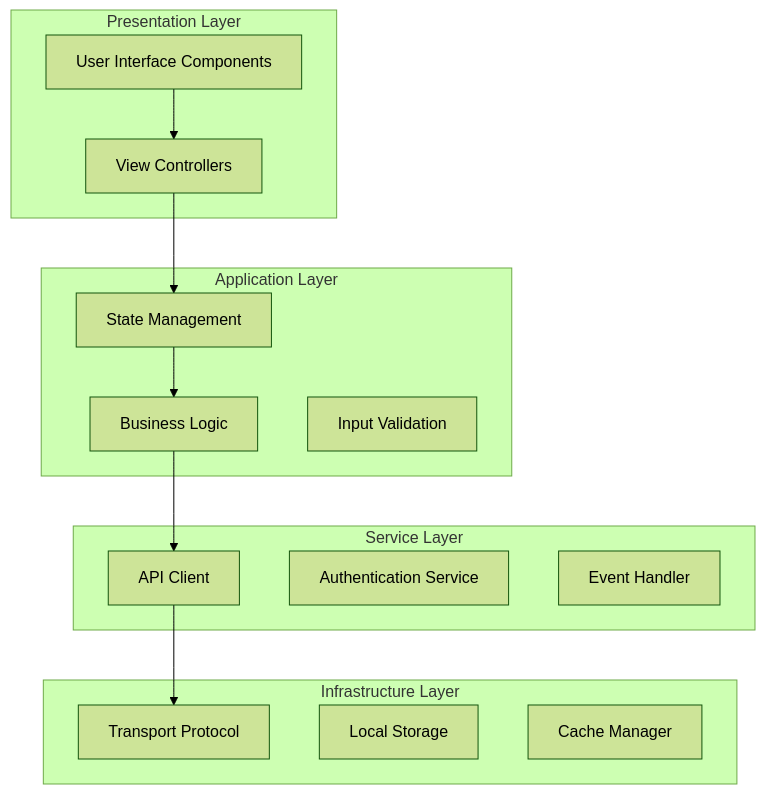
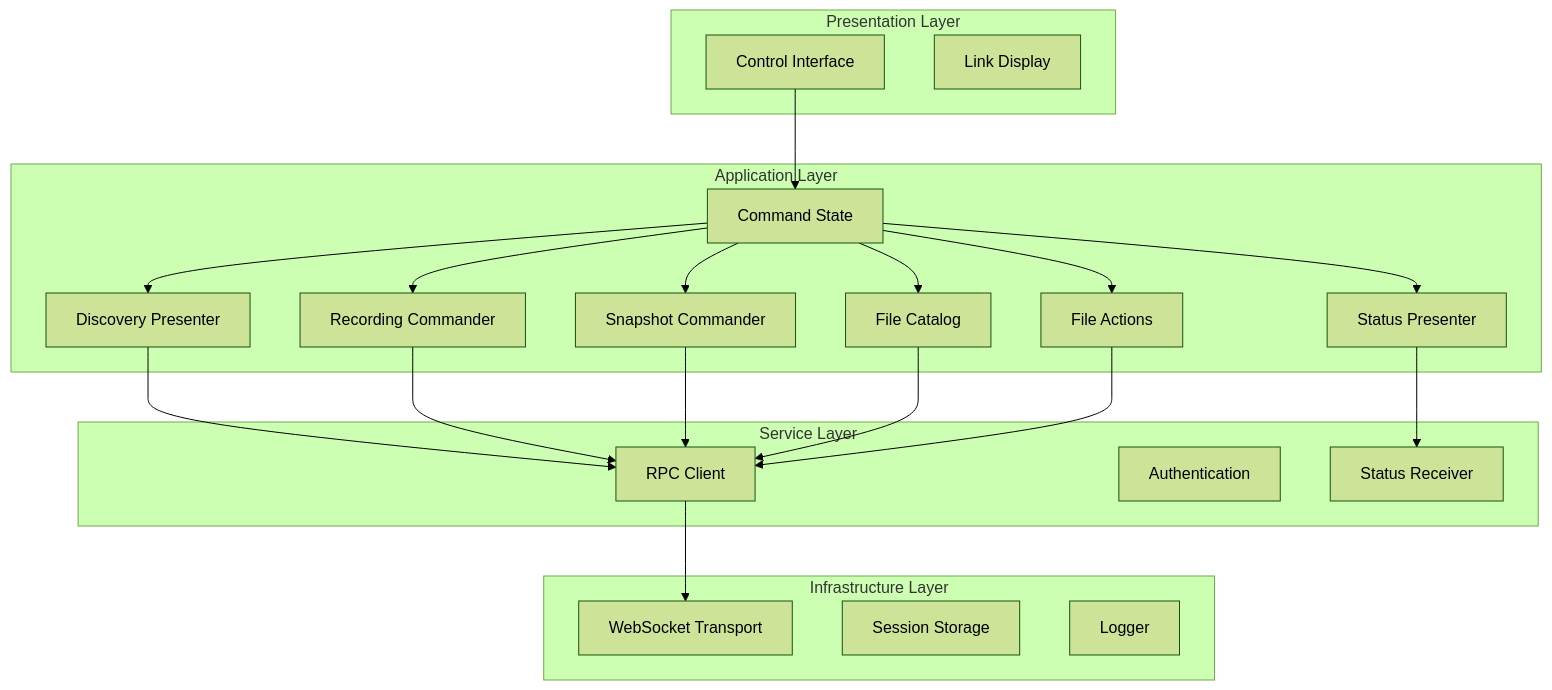
The second of 10 diagrams in MediaMTX-Camera-Service-Client/client/docs/architecture/client-architechture.md (CarlosSprekelsen/CameraRecorder), drawn with Mermaid (forest theme) before and after one commit. The commit also changed other lines of this file and 1 other file, not shown here.

````diff
--- a/MediaMTX-Camera-Service-Client/client/docs/architecture/client-architechture.md
+++ b/MediaMTX-Camera-Service-Client/client/docs/architecture/client-architechture.md
@@ -127,31 +154,44 @@
 ```mermaid
 graph TD
     subgraph "Presentation Layer"
-        UI[User Interface Components]
-        VIEWS[View Controllers]
+        UI[Control Interface]
+        LINKS[Link Display]
     end
     
     subgraph "Application Layer"
-        STATE[State Management]
-        LOGIC[Business Logic]
-        VALIDATION[Input Validation]
+        STATE[Command State]
+        DISCOVERY[Discovery Presenter]
+        RECORDING[Recording Commander]
+        SNAPSHOT[Snapshot Commander]
+        FILECAT[File Catalog]
+        FILEACT[File Actions]
+        STATUS[Status Presenter]
     end
     
     subgraph "Service Layer"
-        API[API Client]
-        AUTH[Authentication Service]
-        EVENTS[Event Handler]
+        RPC[RPC Client]
+        AUTH[Authentication]
+        NOTIF[Status Receiver]
     end
     
     subgraph "Infrastructure Layer"
-        TRANSPORT[Transport Protocol]
-        PERSISTENCE[Local Storage]
-        CACHE[Cache Manager]
+        WS[WebSocket Transport]
+        SESSION[Session Storage]
+        LOGGER[Logger]
     end
     
-    UI --> VIEWS
-    VIEWS --> STATE
-    STATE --> LOGIC
-    LOGIC --> API
-    API --> TRANSPORT
+    UI --> STATE
+    STATE --> DISCOVERY
+    STATE --> RECORDING
+    STATE --> SNAPSHOT
+    STATE --> FILECAT
+    STATE --> FILEACT
+    STATE --> STATUS
+    DISCOVERY --> RPC
+    RECORDING --> RPC
+    SNAPSHOT --> RPC
+    FILECAT --> RPC
+    FILEACT --> RPC
+    STATUS --> NOTIF
+    RPC --> WS
 ```
````
